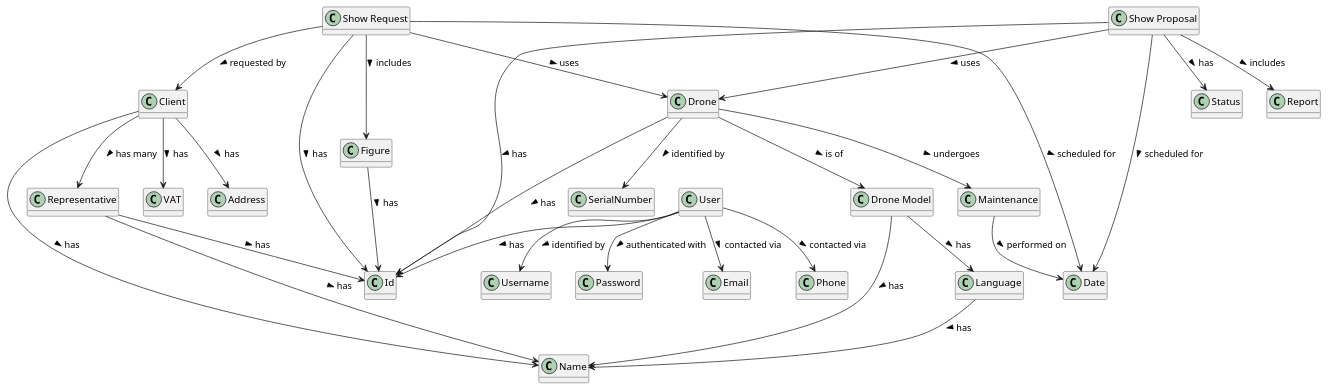
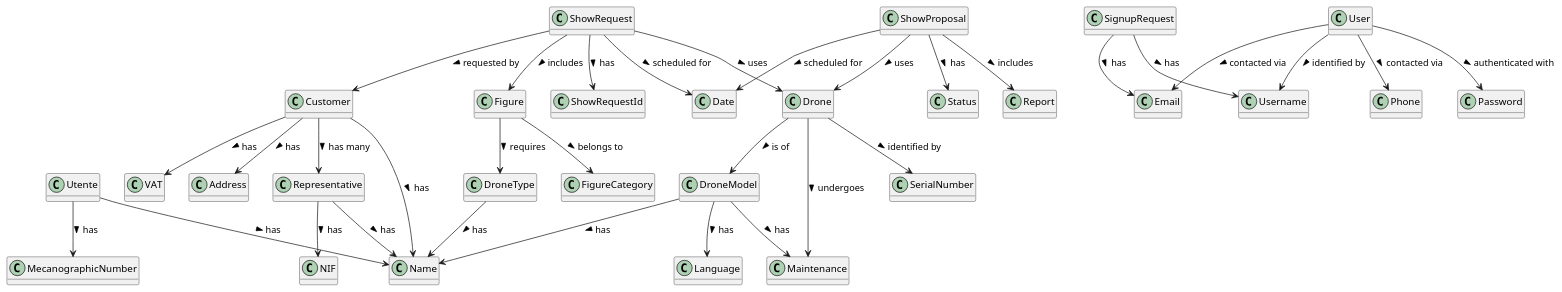
The diagram in docs/lapr4/LAPR_Domain.puml (HenriqueSilva18/Drone-Show-Management-System), drawn with PlantUML before and after one commit.

Commit message:
Domain LAPR

```diff
--- a/docs/lapr4/LAPR_Domain.puml
+++ b/docs/lapr4/LAPR_Domain.puml
@@ -1,64 +1,72 @@
 @startuml
 hide methods
 
 ' Aggregates
-class Language
-class "Drone Model" as DroneModel
-class Client
-class "Show Request" as ShowRequest
-class "Show Proposal" as ShowProposal
+class Customer
+class ShowRequest
+class ShowProposal
 class Drone
 class User
 class Figure
+class SignupRequest
+class Utente
+class DroneModel
+class DroneType
 
 ' Value Objects
 class Name
 class VAT
 class Address
-class Id
+class NIF
 class SerialNumber
 class Date
 class Status
 class Report
 class Username
 class Password
 class Email
 class Phone
+class MecanographicNumber
+class ShowRequestId
+class Language
 
 ' Entities
 class Representative
 class Maintenance
+class FigureCategory
 
 ' Relationships with names
-Language --> Name : has >
-DroneModel --> Language : has >
-DroneModel --> Name : has >
-Client --> Name : has >
-Client --> VAT : has >
-Client --> Address : has >
-Client --> Representative : has many >
+Customer --> Name : has >
+Customer --> VAT : has >
+Customer --> Address : has >
+Customer --> Representative : has many >
 Representative --> Name : has >
-Representative --> Id : has >
-ShowRequest --> Client : requested by >
-ShowRequest --> Id : has >
+Representative --> NIF : has >
+ShowRequest --> Customer : requested by >
+ShowRequest --> ShowRequestId : has >
 ShowRequest --> Drone : uses >
 ShowRequest --> Date : scheduled for >
 ShowRequest --> Figure : includes >
 Drone --> DroneModel : is of >
 Drone --> SerialNumber : identified by >
 Drone --> Maintenance : undergoes >
-Drone --> Id : has >
-Maintenance --> Date : performed on >
+DroneModel --> Language : has >
+DroneModel --> Name : has >
+DroneModel --> Maintenance : has >
+DroneType --> Name : has >
+Figure --> DroneType : requires >
 ShowProposal --> Drone : uses >
 ShowProposal --> Date : scheduled for >
 ShowProposal --> Status : has >
 ShowProposal --> Report : includes >
-ShowProposal --> Id : has >
 User --> Username : identified by >
 User --> Password : authenticated with >
 User --> Email : contacted via >
 User --> Phone : contacted via >
-User --> Id : has >
-Figure --> Id : has >
+Figure --> FigureCategory : belongs to >
+SignupRequest --> Username : has >
+SignupRequest --> Email : has >
+Utente --> MecanographicNumber : has >
+Utente --> Name : has >
 
 @enduml
```
